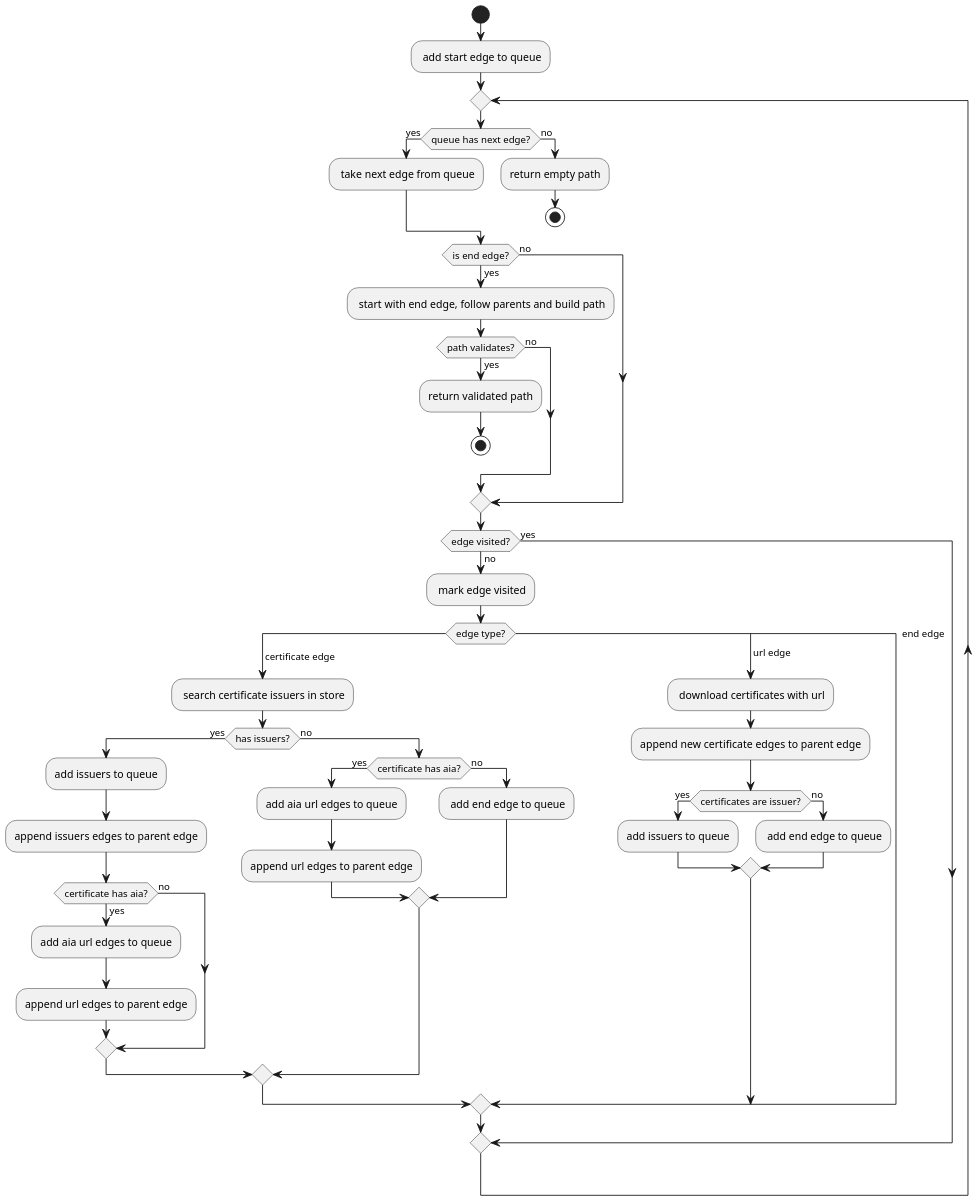
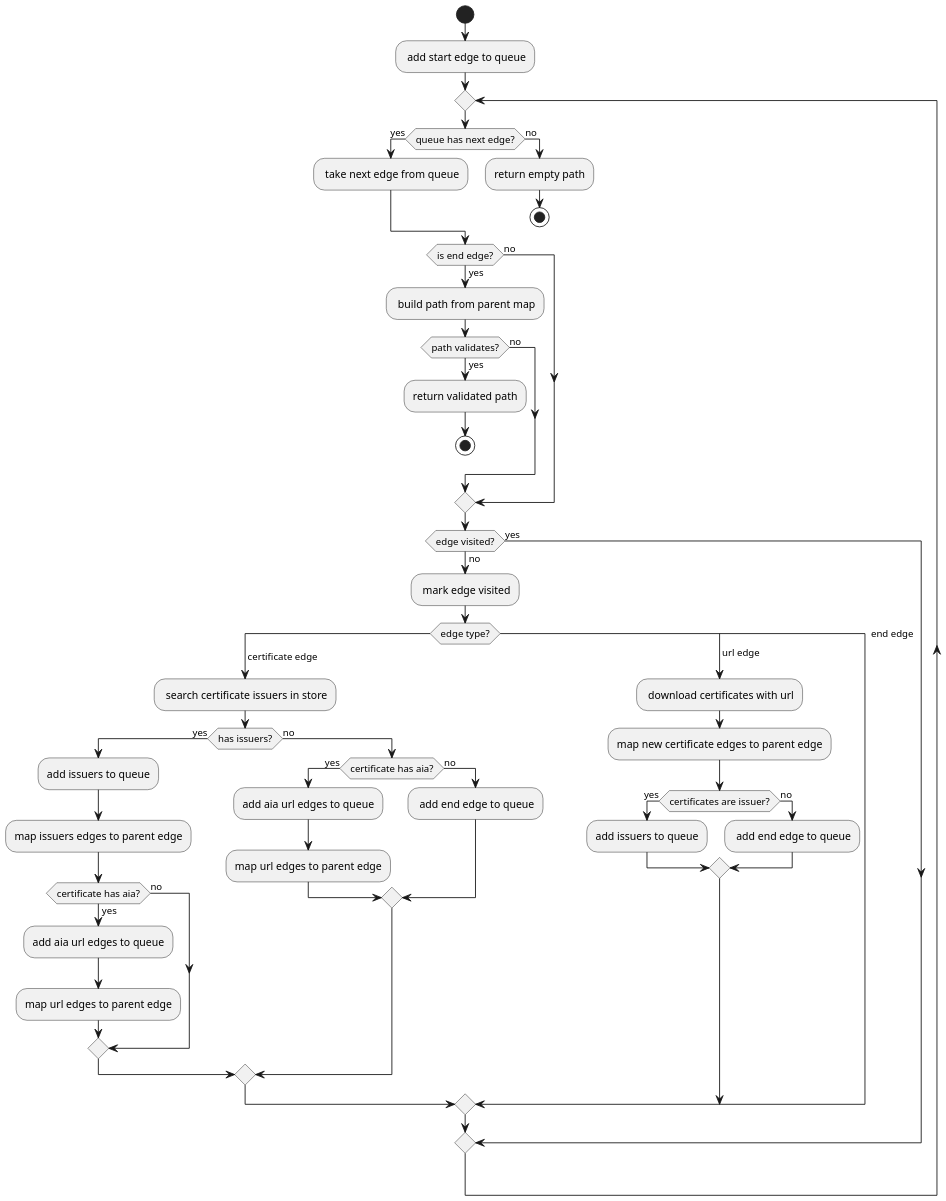
Before and after one commit to ciphx-src/x509-path-finder: the diagram in doc/find.puml, drawn with PlantUML. The commit also changed 71 other files, not shown here.

```diff
--- a/doc/find.puml
+++ b/doc/find.puml
@@ -1,68 +1,68 @@
 @startuml
 
 skinparam dpi 150
 
 start
 
 : add start edge to queue;
 
 repeat
     if (queue has next edge?) then (yes)
         : take next edge from queue;
     else (no)
         :return empty path;
         stop;
     endif
 
     if (is end edge?) then (yes)
-        : start with end edge, follow parents and build path;
+        : build path from parent map;
         if (path validates?) then (yes)
             :return validated path;
             stop;
         else (no)
         endif
     else (no)
     endif
 
     if (edge visited?) then (yes)
     else (no)
         : mark edge visited;
 
         switch (edge type?)
             case ( certificate edge )
                 : search certificate issuers in store;
                 if (has issuers?) then (yes)
                     :add issuers to queue;
-                    :append issuers edges to parent edge;
+                    :map issuers edges to parent edge;
                     if (certificate has aia?) then (yes)
                         :add aia url edges to queue;
-                        :append url edges to parent edge;
+                        :map url edges to parent edge;
                     else (no)
                     endif
                 else (no)
                     if (certificate has aia?) then (yes)
                         :add aia url edges to queue;
-                        :append url edges to parent edge;
+                        :map url edges to parent edge;
                     else (no)
                         : add end edge to queue;
                     endif
                 endif
             case ( url edge )
                 : download certificates with url;
-                :append new certificate edges to parent edge;
+                :map new certificate edges to parent edge;
                 if (certificates are issuer?) then (yes)
                     :add issuers to queue;
                 else (no)
                     : add end edge to queue;
                 endif
             case ( end edge )
         endswitch
 
 
     endif
 repeat while
 
 
 
 
 @enduml
```
